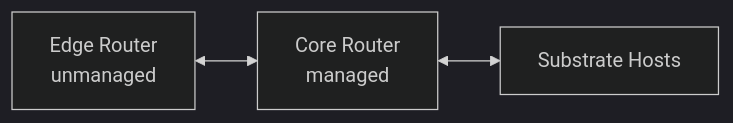
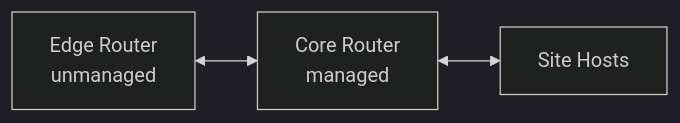
The diagram in content/docs/platforms/network/core-router/_index.md (deevnet/deevnet-docs), drawn with Mermaid (dark theme) before and after one commit. The commit also changed other lines of this file and 39 other files, not shown here.

```diff
--- a/content/docs/platforms/network/core-router/_index.md
+++ b/content/docs/platforms/network/core-router/_index.md
@@ -13,4 +13,4 @@
 {{< mermaid >}}
 graph LR
-    A[Edge Router<br>unmanaged] <--> B[Core Router<br>managed] <--> C[Substrate Hosts]
+    A[Edge Router<br>unmanaged] <--> B[Core Router<br>managed] <--> C[Site Hosts]
 {{< /mermaid >}}
```
